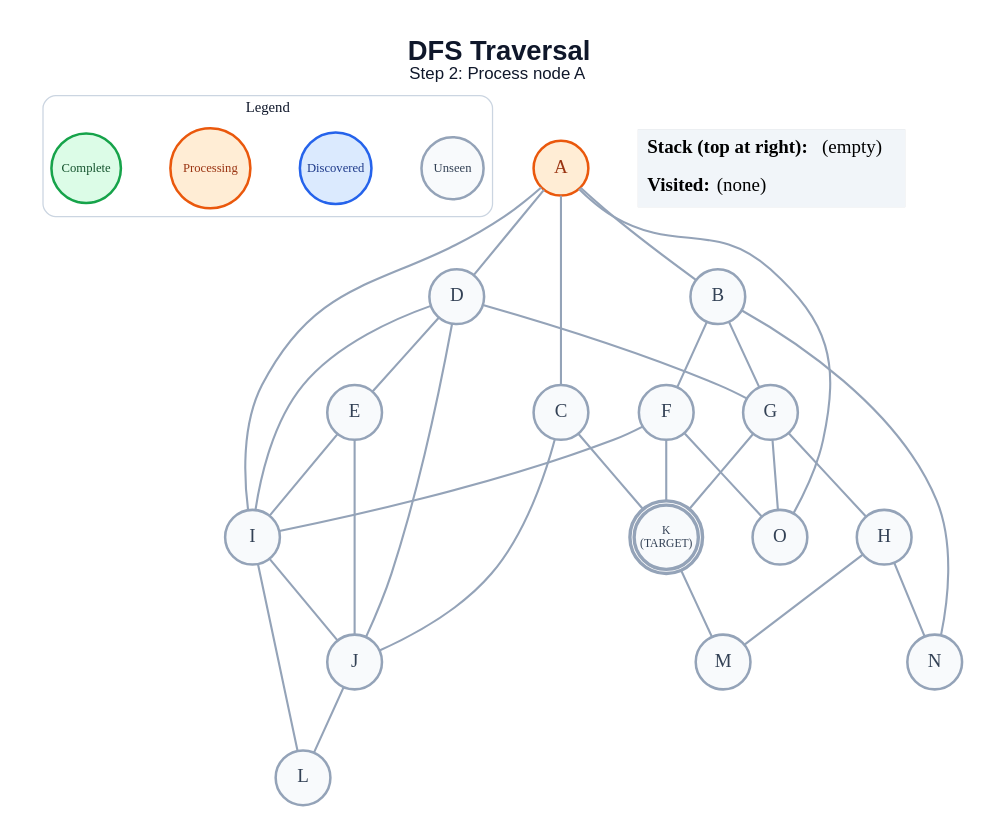
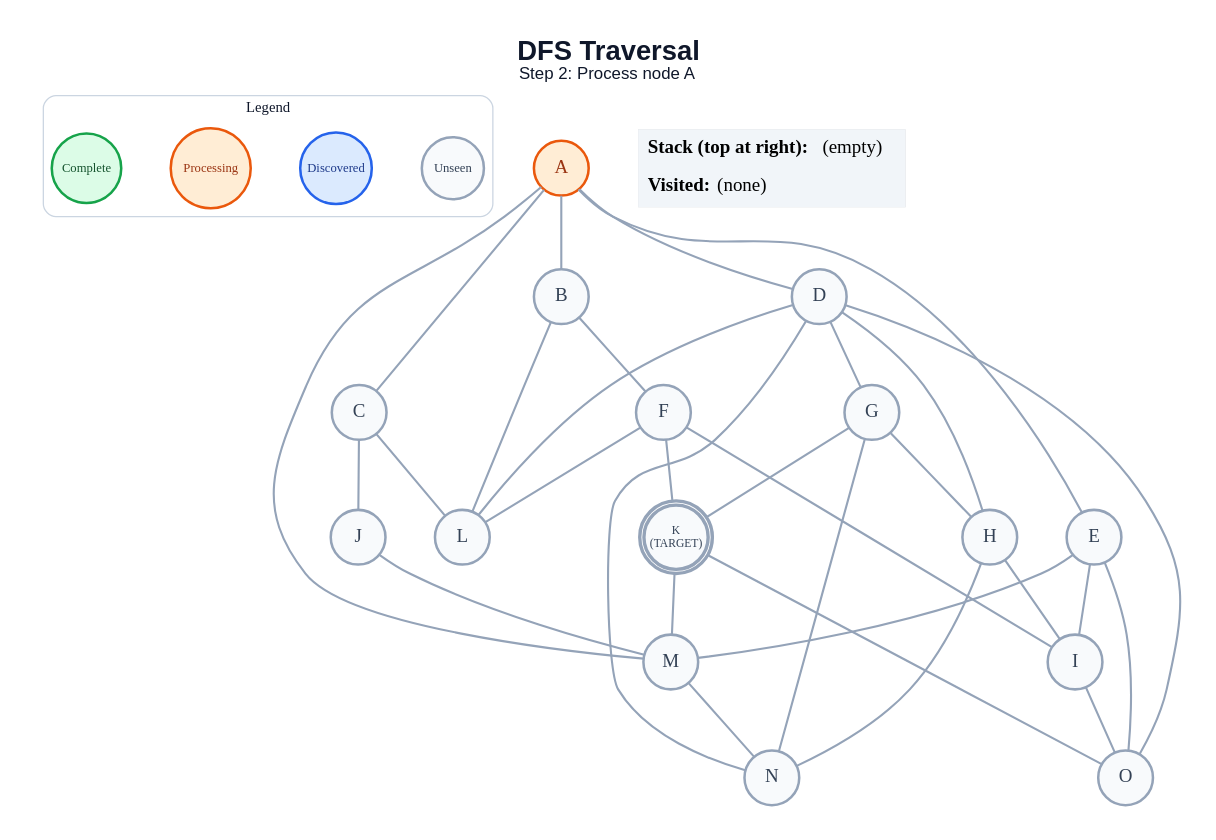
Before and after one commit to anon7238593-create/ai-slop: the diagram in generated/dfs/step_02.dot, drawn with Graphviz. The commit also changed 264 other files, not shown here.

```diff
--- a/generated/dfs/step_02.dot
+++ b/generated/dfs/step_02.dot
@@ -1,62 +1,64 @@
 graph traversal {
   graph [layout=dot, rankdir=TB, bgcolor="#FFFFFF", pad="0.35", nodesep="0.65", ranksep="0.8", fontname="Arial"];
   node [shape=circle, style="filled", fontname="Arial Bold", fontsize=18, width=0.72, fixedsize=true, penwidth=2.4];
   edge [color="#94A3B8", penwidth=2.0];
   label=<<B>DFS Traversal</B><BR/><FONT POINT-SIZE="16">Step 2: Process node A</FONT>>; labelloc="t"; fontsize=26; fontname="Arial"; fontcolor="#0F172A";
   subgraph cluster_legend { label="Legend"; color="#CBD5E1"; penwidth=1.2; style="rounded"; fontsize=14; fontname="Arial Bold";
     key_unseen [label="Unseen", fillcolor="#F8FAFC", color="#94A3B8", fontcolor="#334155", fontsize=12, width=0.82];
     key_frontier [label="Discovered", fillcolor="#DBEAFE", color="#2563EB", fontcolor="#1E3A8A", fontsize=12, width=0.95];
     key_current [label="Processing", fillcolor="#FFEDD5", color="#EA580C", fontcolor="#9A3412", fontsize=12, width=1.05];
     key_done [label="Complete", fillcolor="#DCFCE7", color="#16A34A", fontcolor="#14532D", fontsize=12, width=0.92];
     { rank=same; key_unseen; key_frontier; key_current; key_done; }
   }
   A [label="A", fillcolor="#FFEDD5", color="#EA580C", fontcolor="#9A3412", peripheries=1, penwidth=2.4];
   B [label="B", fillcolor="#F8FAFC", color="#94A3B8", fontcolor="#334155", peripheries=1, penwidth=2.4];
   C [label="C", fillcolor="#F8FAFC", color="#94A3B8", fontcolor="#334155", peripheries=1, penwidth=2.4];
   D [label="D", fillcolor="#F8FAFC", color="#94A3B8", fontcolor="#334155", peripheries=1, penwidth=2.4];
   E [label="E", fillcolor="#F8FAFC", color="#94A3B8", fontcolor="#334155", peripheries=1, penwidth=2.4];
   F [label="F", fillcolor="#F8FAFC", color="#94A3B8", fontcolor="#334155", peripheries=1, penwidth=2.4];
   G [label="G", fillcolor="#F8FAFC", color="#94A3B8", fontcolor="#334155", peripheries=1, penwidth=2.4];
   H [label="H", fillcolor="#F8FAFC", color="#94A3B8", fontcolor="#334155", peripheries=1, penwidth=2.4];
   I [label="I", fillcolor="#F8FAFC", color="#94A3B8", fontcolor="#334155", peripheries=1, penwidth=2.4];
   J [label="J", fillcolor="#F8FAFC", color="#94A3B8", fontcolor="#334155", peripheries=1, penwidth=2.4];
   K [label="K\n(TARGET)", fillcolor="#F8FAFC", color="#94A3B8", fontcolor="#334155", peripheries=2, penwidth=3.2, fontsize=11, width=0.85, height=0.85];
   L [label="L", fillcolor="#F8FAFC", color="#94A3B8", fontcolor="#334155", peripheries=1, penwidth=2.4];
   M [label="M", fillcolor="#F8FAFC", color="#94A3B8", fontcolor="#334155", peripheries=1, penwidth=2.4];
   N [label="N", fillcolor="#F8FAFC", color="#94A3B8", fontcolor="#334155", peripheries=1, penwidth=2.4];
   O [label="O", fillcolor="#F8FAFC", color="#94A3B8", fontcolor="#334155", peripheries=1, penwidth=2.4];
   A -- B;
   A -- C;
   A -- D;
-  A -- I;
-  A -- O;
+  A -- E;
+  A -- M;
   B -- F;
-  B -- G;
-  B -- N;
+  B -- L;
   C -- J;
-  C -- K;
-  D -- E;
+  C -- L;
   D -- G;
-  D -- I;
-  D -- J;
+  D -- H;
+  D -- L;
+  D -- N;
+  D -- O;
   E -- I;
-  E -- J;
+  E -- M;
+  E -- O;
   F -- I;
   F -- K;
-  F -- O;
+  F -- L;
   G -- H;
   G -- K;
-  G -- O;
-  H -- M;
+  G -- N;
+  H -- I;
   H -- N;
-  I -- J;
-  I -- L;
-  J -- L;
+  I -- O;
+  J -- M;
   K -- M;
+  K -- O;
+  M -- N;
   status [shape=plain, fixedsize=false, width=0, height=0, margin=0, label=<
     <TABLE BORDER="0" CELLBORDER="0" CELLPADDING="7" BGCOLOR="#F1F5F9">
       <TR><TD ALIGN="LEFT"><B>Stack (top at right):</B> (empty)</TD></TR>
       <TR><TD ALIGN="LEFT"><B>Visited:</B> (none)</TD></TR>
     </TABLE>
   >];
 }
```
